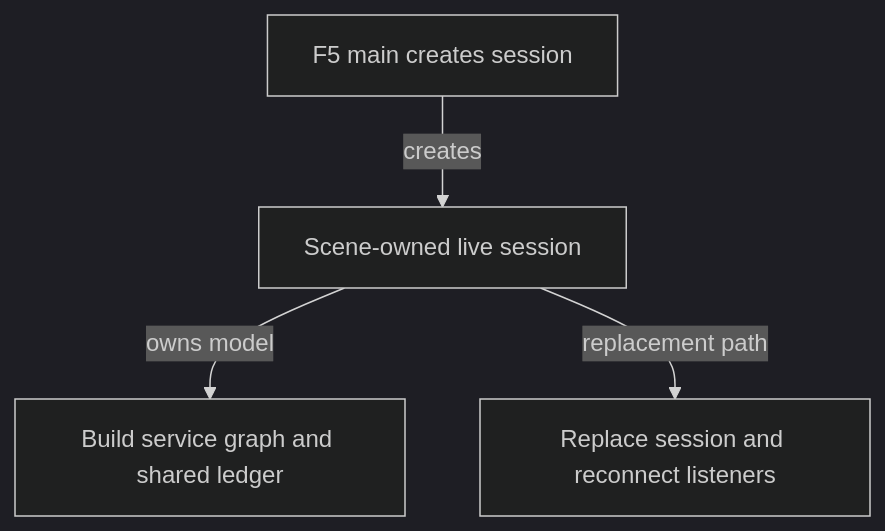
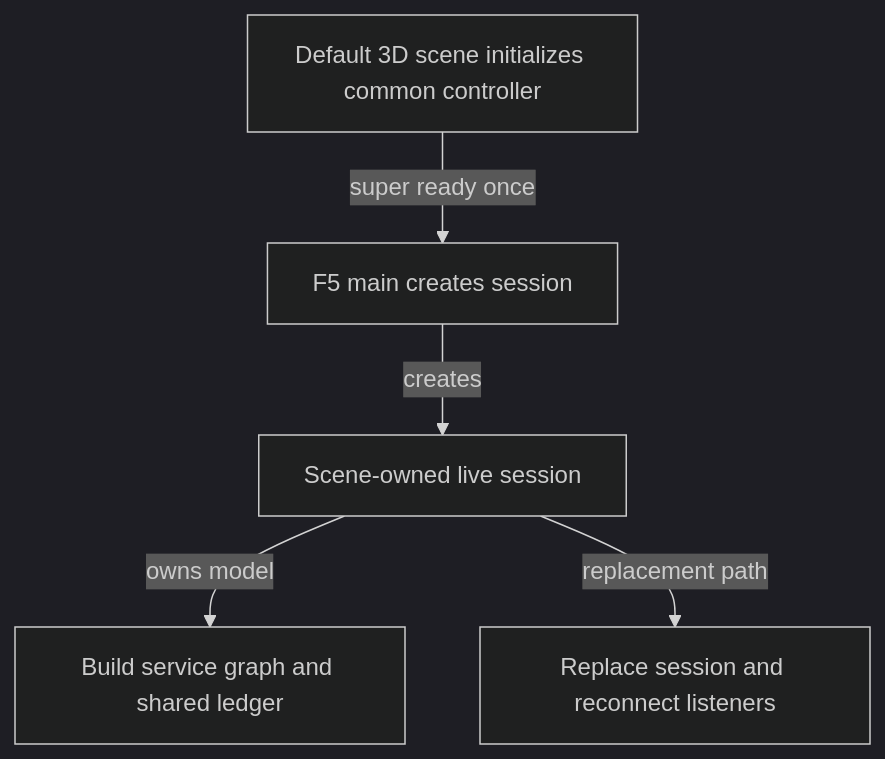
Before and after one commit to TheInfinityIQ/Trencho_V4: the second of 49 diagrams in docs/system_atlas.md, drawn with Mermaid (dark theme). The commit also changed other lines of this file and 12 other files, not shown here.

````diff
--- a/docs/system_atlas.md
+++ b/docs/system_atlas.md
@@ -121,10 +121,12 @@
 ```mermaid
 flowchart TD
+    entry["Default 3D scene initializes common controller"]
     n0["F5 main creates session"]
     n1["Scene-owned live session"]
     n2["Build service graph and shared ledger"]
     n3["Replace session and reconnect listeners"]
+    entry -->|"super ready once"| n0
     n0 -->|"creates"| n1
     n1 -->|"owns model"| n2
     n1 -->|"replacement path"| n3
 ```
````
